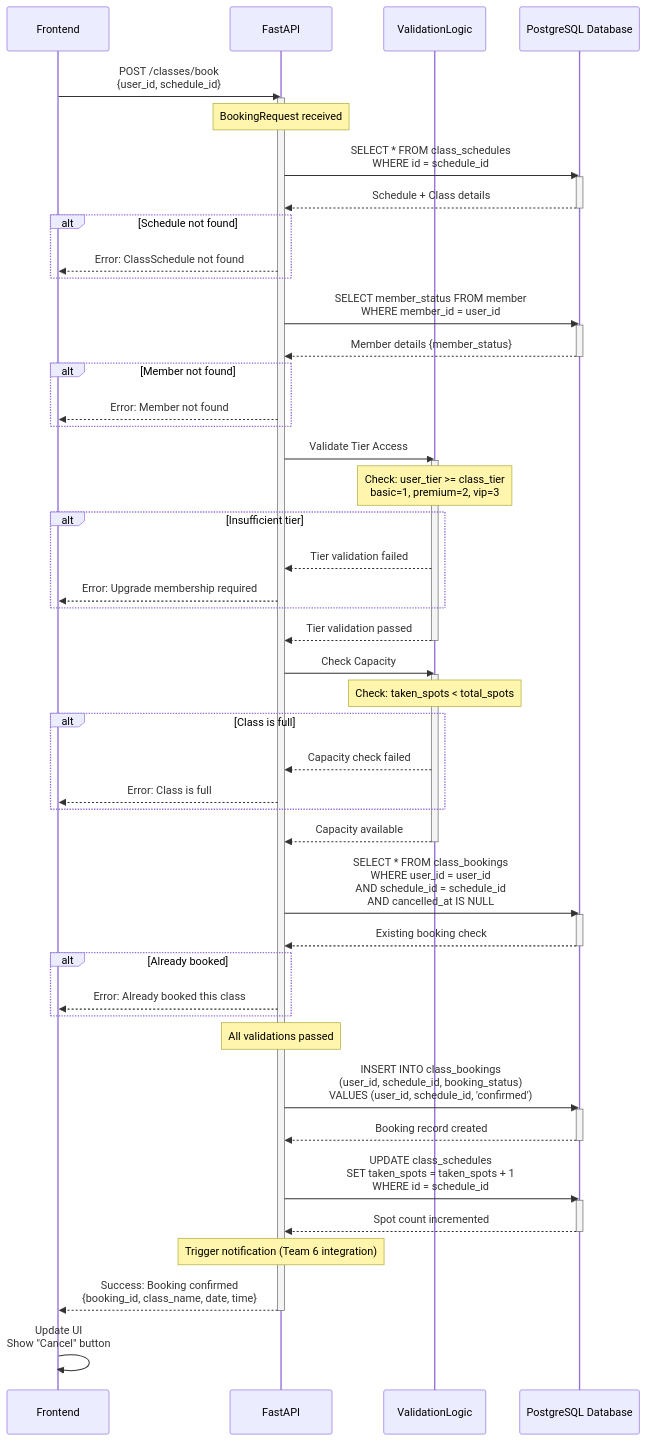
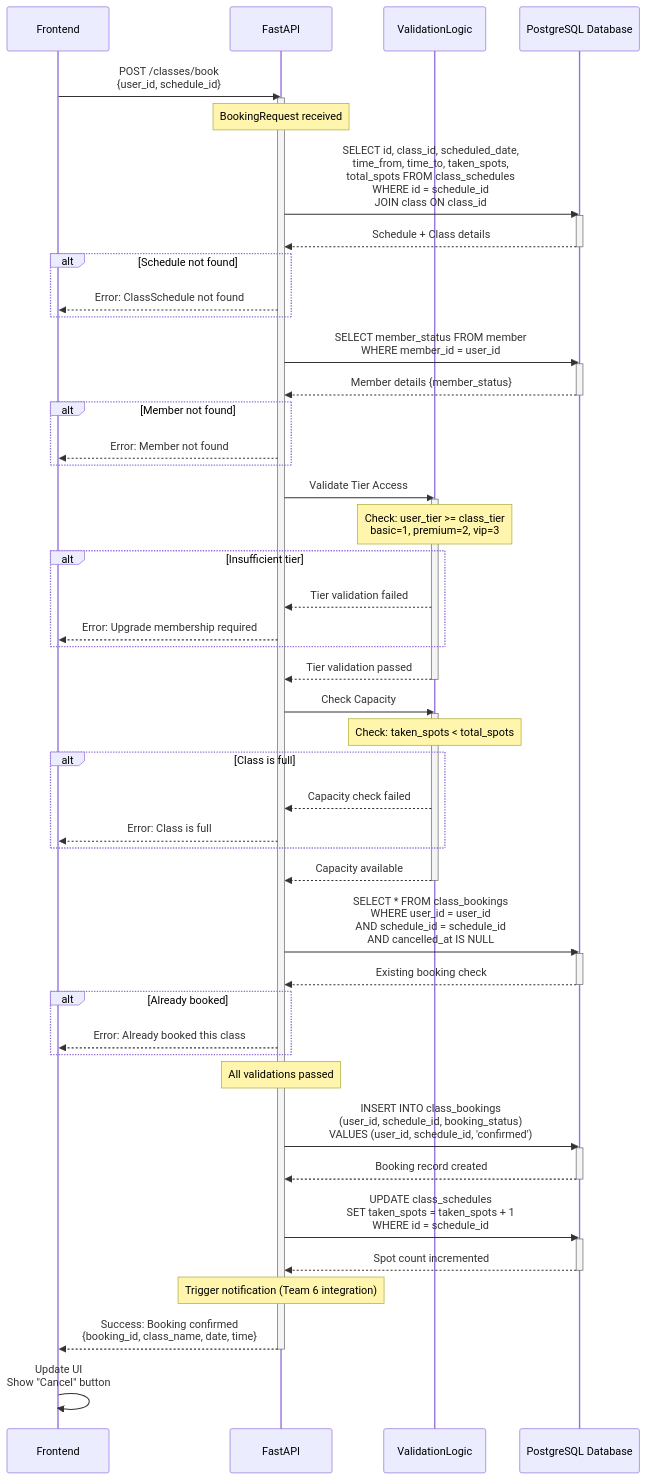
The diagram in sequence_diagram.md (saishameh/CPS714-Section3), drawn with Mermaid before and after one commit. The commit also changed 2 other files, not shown here.

Commit message:
Fix UML diagram issues from code review

````diff
--- a/sequence_diagram.md
+++ b/sequence_diagram.md
@@ -5,80 +5,80 @@
 ```mermaid
 sequenceDiagram
     participant Frontend
     participant FastAPI
     participant ValidationLogic
     participant DB as PostgreSQL Database
 
     Frontend->>FastAPI: POST /classes/book<br/>{user_id, schedule_id}
     
     activate FastAPI
     Note over FastAPI: BookingRequest received
     
-    FastAPI->>DB: SELECT * FROM class_schedules<br/>WHERE id = schedule_id
+    FastAPI->>DB: SELECT id, class_id, scheduled_date,<br/>time_from, time_to, taken_spots,<br/>total_spots FROM class_schedules<br/>WHERE id = schedule_id<br/>JOIN class ON class_id
     activate DB
     DB-->>FastAPI: Schedule + Class details
     deactivate DB
     
     alt Schedule not found
         FastAPI-->>Frontend: Error: ClassSchedule not found
     end
     
     FastAPI->>DB: SELECT member_status FROM member<br/>WHERE member_id = user_id
     activate DB
     DB-->>FastAPI: Member details {member_status}
     deactivate DB
     
     alt Member not found
         FastAPI-->>Frontend: Error: Member not found
     end
     
     FastAPI->>ValidationLogic: Validate Tier Access
     activate ValidationLogic
     Note over ValidationLogic: Check: user_tier >= class_tier<br/>basic=1, premium=2, vip=3
     
     alt Insufficient tier
         ValidationLogic-->>FastAPI: Tier validation failed
         FastAPI-->>Frontend: Error: Upgrade membership required
     end
     ValidationLogic-->>FastAPI: Tier validation passed
     deactivate ValidationLogic
     
     FastAPI->>ValidationLogic: Check Capacity
     activate ValidationLogic
     Note over ValidationLogic: Check: taken_spots < total_spots
     
     alt Class is full
         ValidationLogic-->>FastAPI: Capacity check failed
         FastAPI-->>Frontend: Error: Class is full
     end
     ValidationLogic-->>FastAPI: Capacity available
     deactivate ValidationLogic
     
     FastAPI->>DB: SELECT * FROM class_bookings<br/>WHERE user_id = user_id<br/>AND schedule_id = schedule_id<br/>AND cancelled_at IS NULL
     activate DB
     DB-->>FastAPI: Existing booking check
     deactivate DB
     
     alt Already booked
         FastAPI-->>Frontend: Error: Already booked this class
     end
     
     Note over FastAPI: All validations passed
     
     FastAPI->>DB: INSERT INTO class_bookings<br/>(user_id, schedule_id, booking_status)<br/>VALUES (user_id, schedule_id, 'confirmed')
     activate DB
     DB-->>FastAPI: Booking record created
     deactivate DB
     
     FastAPI->>DB: UPDATE class_schedules<br/>SET taken_spots = taken_spots + 1<br/>WHERE id = schedule_id
     activate DB
     DB-->>FastAPI: Spot count incremented
     deactivate DB
     
     Note over FastAPI: Trigger notification (Team 6 integration)
     
     FastAPI-->>Frontend: Success: Booking confirmed<br/>{booking_id, class_name, date, time}
     deactivate FastAPI
     
     Frontend->>Frontend: Update UI<br/>Show "Cancel" button
 ```
````
